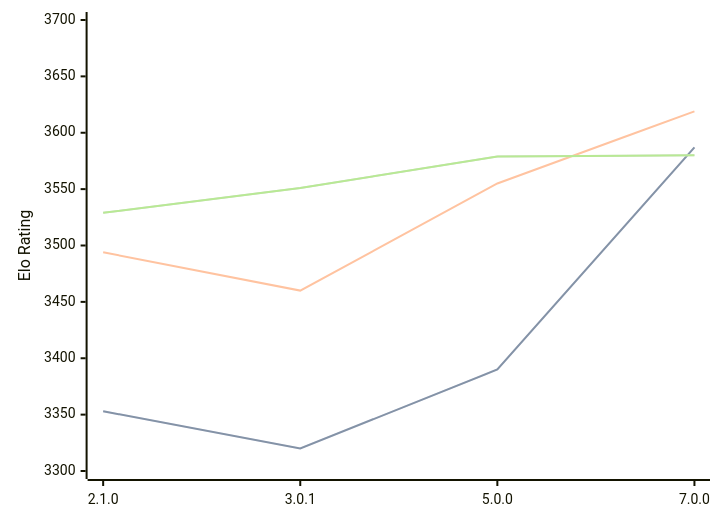
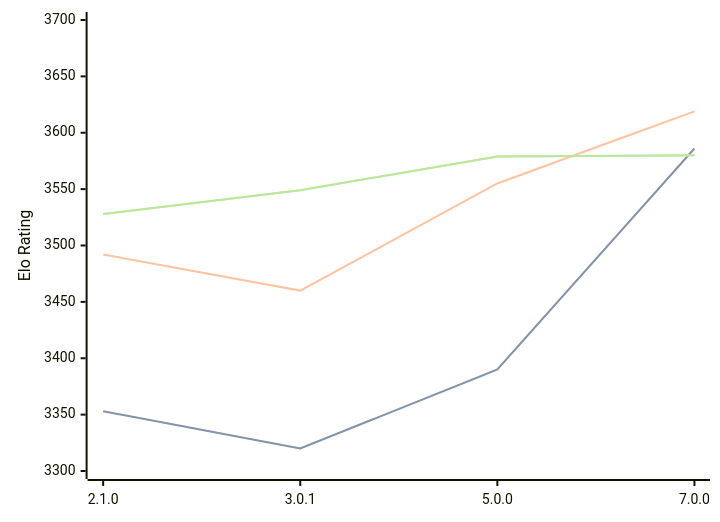
Before and after one commit to computer-chess-index/cci: the diagram in engines/PlentyChess.md, drawn with Mermaid. The commit also changed other lines of this file, not shown here.

Commit message:
Update CCI Ratings (ELO VLTC) - 2026-03-30

````diff
--- a/engines/PlentyChess.md
+++ b/engines/PlentyChess.md
@@ -45,11 +45,11 @@
 ```mermaid
 %%{init: {"theme":"base","themeVariables":{"seriesColors:['#a3a3a3','#222221','#faa371']}}}%%
 xychart-beta
   x-axis ["2.1.0", "3.0.1", "5.0.0", "7.0.0"]
   y-axis "Elo Rating" 3300 --> 3700
-  line "STC (8.0+0.08s)" [3353, 3320, 3390, 3587]
-  line "STC (8.0+0.08s)" [3353, 3320, 3390, 3587]
-  line "LTC (60.0+0.60s)" [3494, 3460, 3555, 3619]
-  line "VLTC (2m24s+1.12s)" [3529, 3551, 3579, 3580]
-  line "VLTC (2m24s+1.12s)" [3529, 3551, 3579, 3580]
+  line "STC (8.0+0.08s)" [3353, 3320, 3390, 3586]
+  line "STC (8.0+0.08s)" [3353, 3320, 3390, 3586]
+  line "LTC (60.0+0.60s)" [3492, 3460, 3555, 3619]
+  line "VLTC (2m24s+1.12s)" [3528, 3549, 3579, 3580]
+  line "VLTC (2m24s+1.12s)" [3528, 3549, 3579, 3580]
 ```
````
